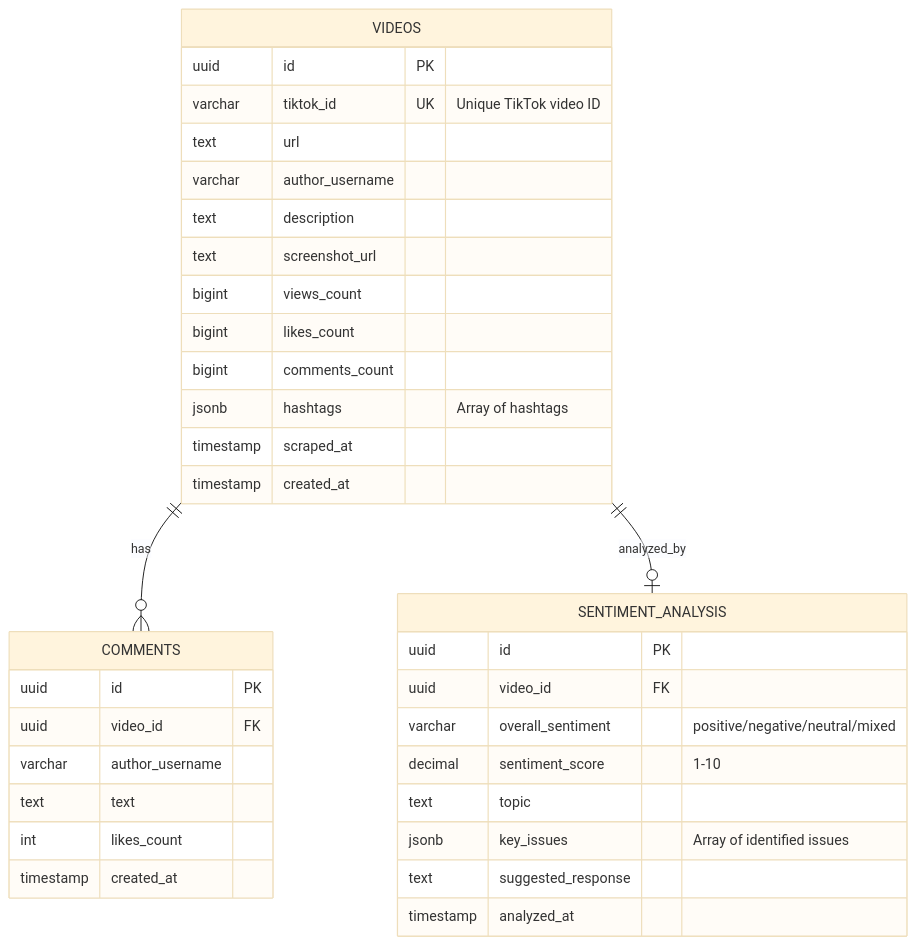
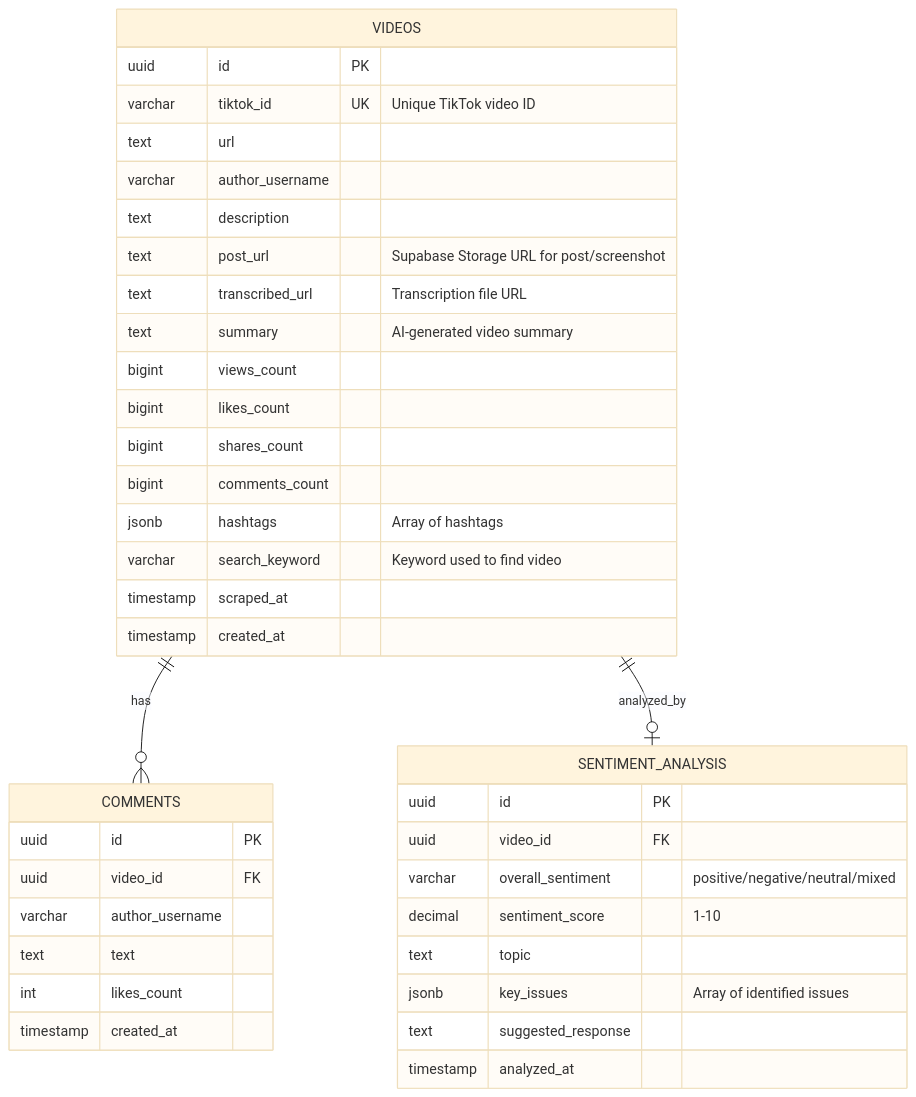
The third of 5 diagrams in docs/architecture-mvp.md (slashsly5-rgb/tiktok-scraper), drawn with Mermaid (base theme) before and after one commit. The commit also changed other lines of this file and 7 other files, not shown here.

````diff
--- a/docs/architecture-mvp.md
+++ b/docs/architecture-mvp.md
@@ -147,40 +147,44 @@
 ```mermaid
 erDiagram
     VIDEOS ||--o{ COMMENTS : has
     VIDEOS ||--o| SENTIMENT_ANALYSIS : analyzed_by
 
     VIDEOS {
         uuid id PK
         varchar tiktok_id UK "Unique TikTok video ID"
         text url
         varchar author_username
         text description
-        text screenshot_url
+        text post_url "Supabase Storage URL for post/screenshot"
+        text transcribed_url "Transcription file URL"
+        text summary "AI-generated video summary"
         bigint views_count
         bigint likes_count
+        bigint shares_count
         bigint comments_count
         jsonb hashtags "Array of hashtags"
+        varchar search_keyword "Keyword used to find video"
         timestamp scraped_at
         timestamp created_at
     }
 
     COMMENTS {
         uuid id PK
         uuid video_id FK
         varchar author_username
         text text
         int likes_count
         timestamp created_at
     }
 
     SENTIMENT_ANALYSIS {
         uuid id PK
         uuid video_id FK
         varchar overall_sentiment "positive/negative/neutral/mixed"
         decimal sentiment_score "1-10"
         text topic
         jsonb key_issues "Array of identified issues"
         text suggested_response
         timestamp analyzed_at
     }
 ```
````
